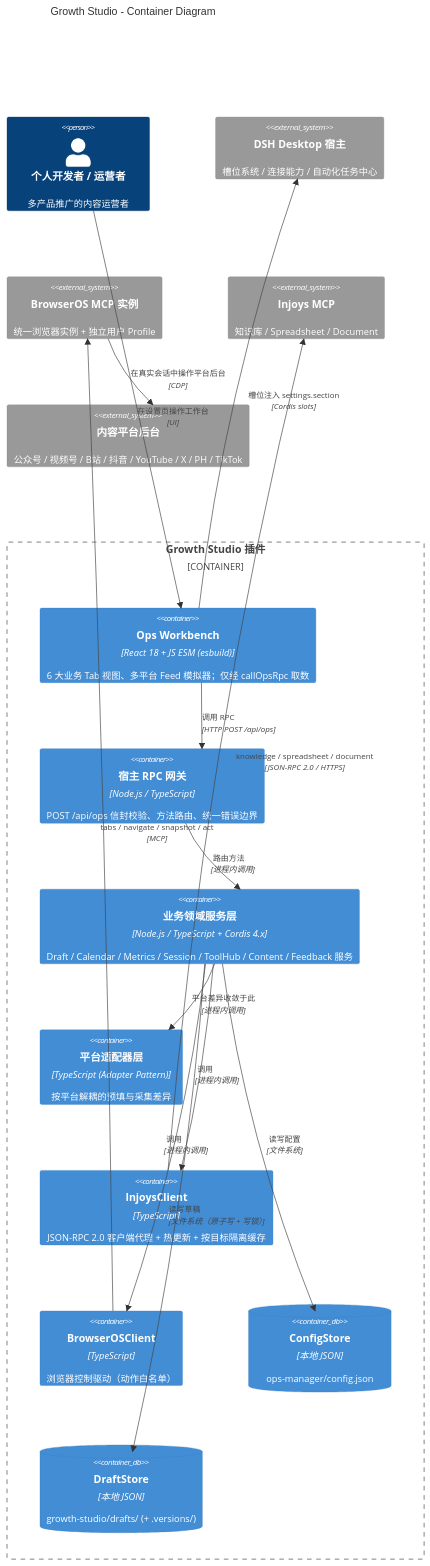
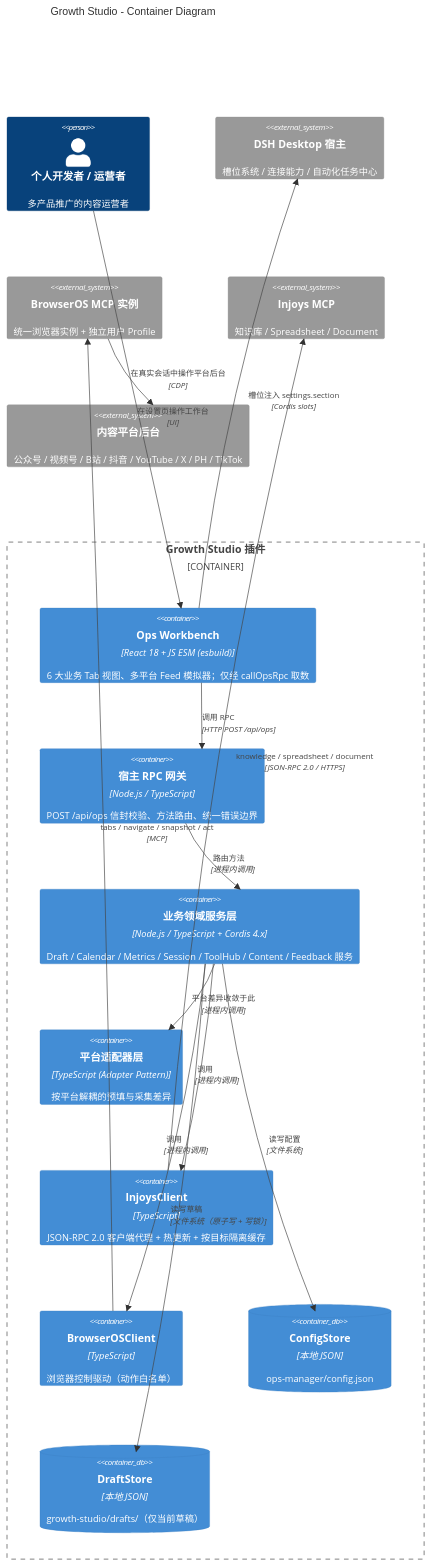
One commit to InJoysAI/dsh-growth-studio changed the first of 4 diagrams in .context/architecture/container_component_view.md. Above: the diagram before and after it, drawn with Mermaid. The commit also changed other lines of this file and 34 other files, not shown here.

Commit message:
refactor: synchronize project documentation and context files with latest architecture updates

````diff
--- a/.context/architecture/container_component_view.md
+++ b/.context/architecture/container_component_view.md
@@ -14,35 +15,35 @@
 ```mermaid
 C4Container
     title Growth Studio - Container Diagram
 
     Person(user, "个人开发者 / 运营者", "多产品推广的内容运营者")
 
     Container_Boundary(gs, "Growth Studio 插件") {
         Container(ui, "Ops Workbench", "React 18 + JS ESM (esbuild)", "6 大业务 Tab 视图、多平台 Feed 模拟器；仅经 callOpsRpc 取数")
         Container(gw, "宿主 RPC 网关", "Node.js / TypeScript", "POST /api/ops 信封校验、方法路由、统一错误边界")
         Container(domain, "业务领域服务层", "Node.js / TypeScript + Cordis 4.x", "Draft / Calendar / Metrics / Session / ToolHub / Content / Feedback 服务")
         Container(adapters, "平台适配器层", "TypeScript (Adapter Pattern)", "按平台解耦的预填与采集差异")
         Container(injoys, "InjoysClient", "TypeScript", "JSON-RPC 2.0 客户端代理 + 热更新 + 按目标隔离缓存")
         Container(bos, "BrowserOSClient", "TypeScript", "浏览器控制驱动（动作白名单）")
         ContainerDb(cfg, "ConfigStore", "本地 JSON", "ops-manager/config.json")
-        ContainerDb(store, "DraftStore", "本地 JSON", "growth-studio/drafts/ (+ .versions/)")
+        ContainerDb(store, "DraftStore", "本地 JSON", "growth-studio/drafts/（仅当前草稿）")
     }
 
     System_Ext(dsh, "DSH Desktop 宿主", "槽位系统 / 连接能力 / 自动化任务中心")
     System_Ext(bos_mcp, "BrowserOS MCP 实例", "统一浏览器实例 + 独立用户 Profile")
     System_Ext(injoys_mcp, "Injoys MCP", "知识库 / Spreadsheet / Document")
     System_Ext(platforms, "内容平台后台", "公众号 / 视频号 / B站 / 抖音 / YouTube / X / PH / TikTok")
 
     Rel(user, ui, "在设置页操作工作台", "UI")
     Rel(ui, gw, "调用 RPC", "HTTP POST /api/ops")
     Rel(gw, domain, "路由方法", "进程内调用")
     Rel(domain, adapters, "平台差异收敛于此", "进程内调用")
     Rel(domain, cfg, "读写配置", "文件系统")
     Rel(domain, store, "读写草稿", "文件系统（原子写 + 写锁）")
     Rel(domain, injoys, "调用", "进程内调用")
     Rel(domain, bos, "调用", "进程内调用")
     Rel(injoys, injoys_mcp, "knowledge / spreadsheet / document", "JSON-RPC 2.0 / HTTPS")
     Rel(bos, bos_mcp, "tabs / navigate / snapshot / act", "MCP")
     Rel(bos_mcp, platforms, "在真实会话中操作平台后台", "CDP")
     Rel(ui, dsh, "槽位注入 settings.section", "Cordis slots")
 ```
````
